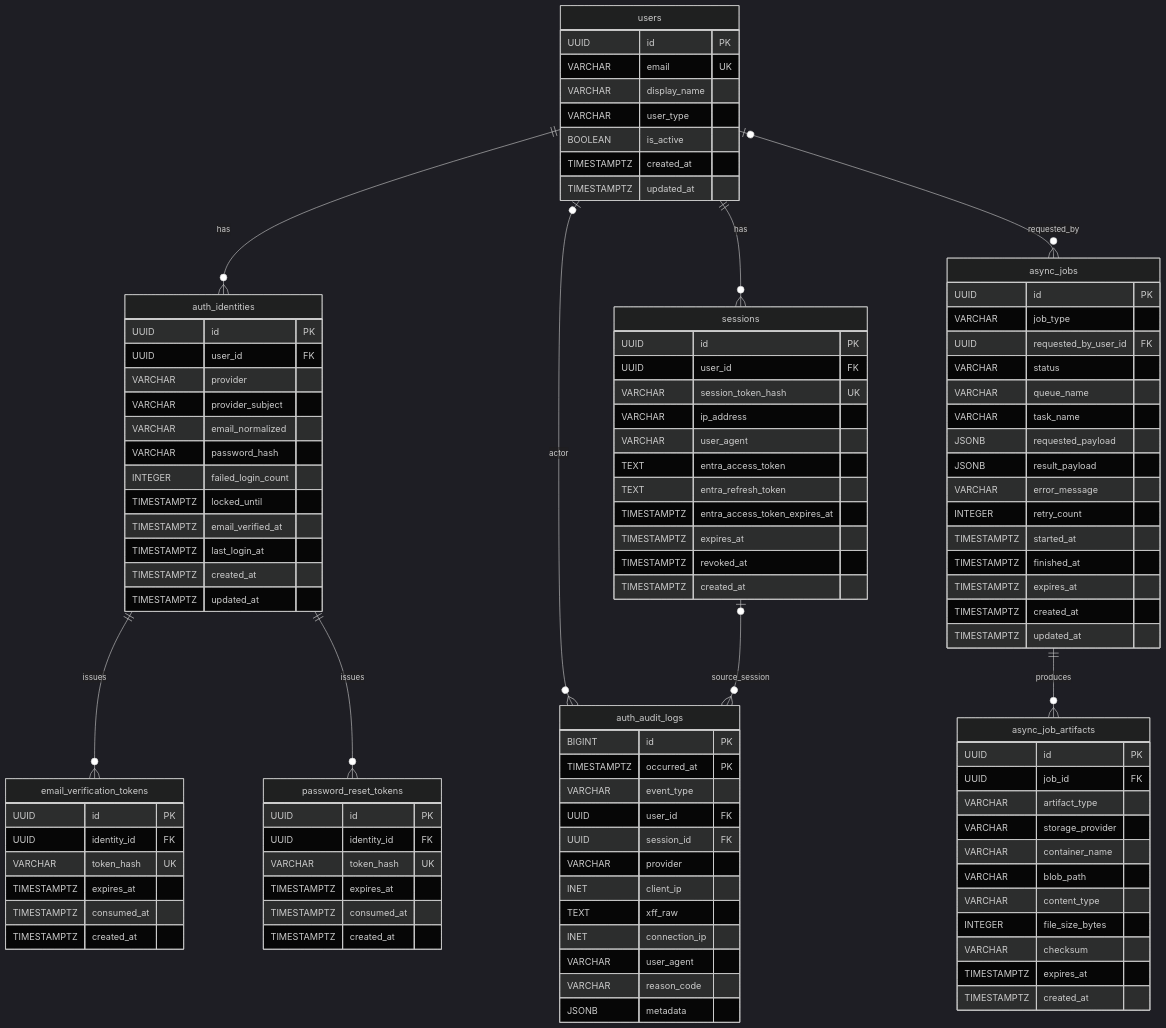
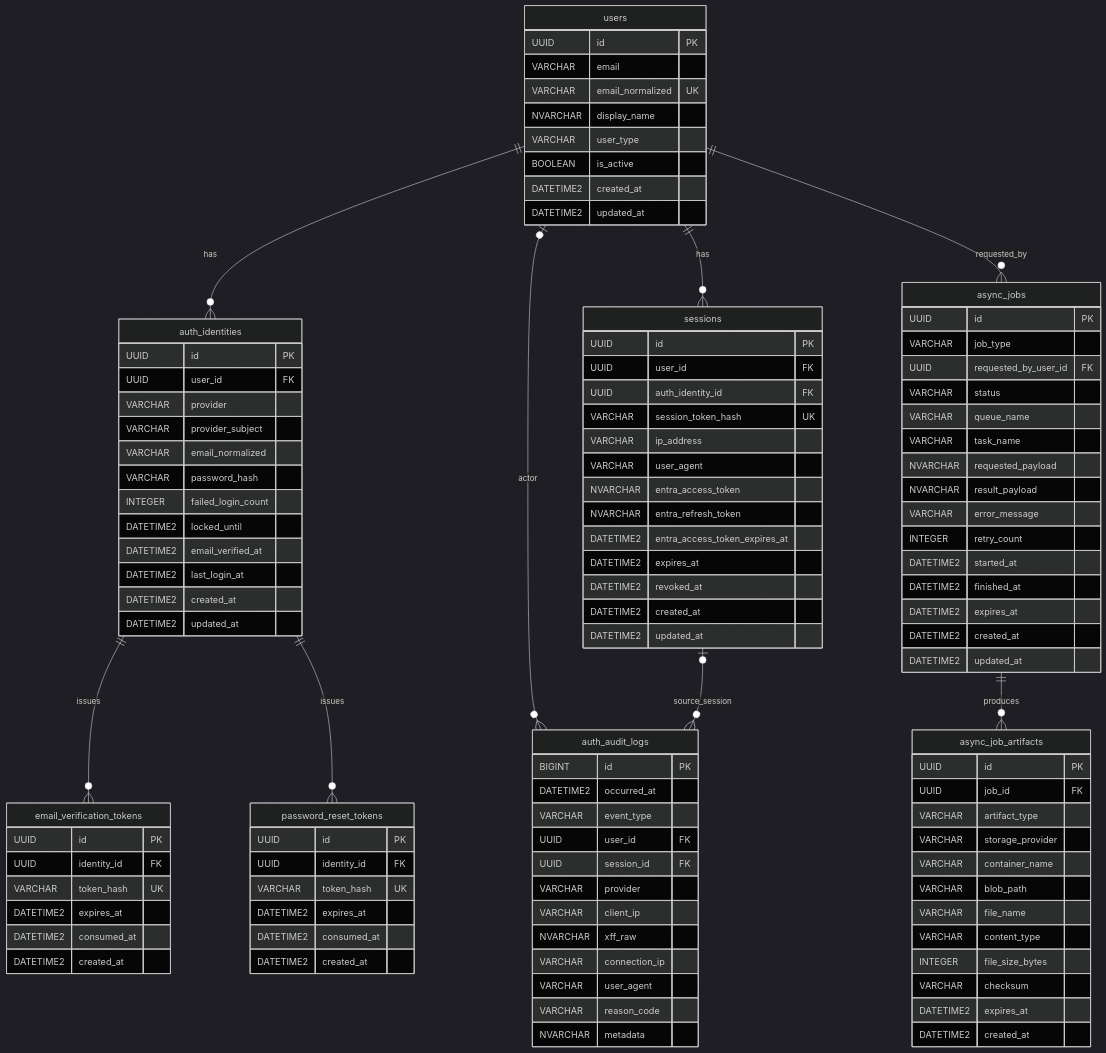
One commit to ioiuea/3pull changed the diagram in apps/backend/README.md. Above: the diagram before and after it, drawn with Mermaid (dark theme). The commit also changed other lines of this file and 88 other files, not shown here.

````diff
--- a/apps/backend/README.md
+++ b/apps/backend/README.md
@@ -173,12 +203,13 @@
 erDiagram
     users {
         UUID id PK
-        VARCHAR email UK
-        VARCHAR display_name
+        VARCHAR email
+        VARCHAR email_normalized UK
+        NVARCHAR display_name
         VARCHAR user_type
         BOOLEAN is_active
-        TIMESTAMPTZ created_at
-        TIMESTAMPTZ updated_at
+        DATETIME2 created_at
+        DATETIME2 updated_at
     }
 
     auth_identities {
@@ -189,58 +220,60 @@
         VARCHAR email_normalized
         VARCHAR password_hash
         INTEGER failed_login_count
-        TIMESTAMPTZ locked_until
-        TIMESTAMPTZ email_verified_at
-        TIMESTAMPTZ last_login_at
-        TIMESTAMPTZ created_at
-        TIMESTAMPTZ updated_at
+        DATETIME2 locked_until
+        DATETIME2 email_verified_at
+        DATETIME2 last_login_at
+        DATETIME2 created_at
+        DATETIME2 updated_at
     }
 
     sessions {
         UUID id PK
         UUID user_id FK
+        UUID auth_identity_id FK
         VARCHAR session_token_hash UK
         VARCHAR ip_address
         VARCHAR user_agent
-        TEXT entra_access_token
-        TEXT entra_refresh_token
-        TIMESTAMPTZ entra_access_token_expires_at
-        TIMESTAMPTZ expires_at
-        TIMESTAMPTZ revoked_at
-        TIMESTAMPTZ created_at
+        NVARCHAR entra_access_token
+        NVARCHAR entra_refresh_token
+        DATETIME2 entra_access_token_expires_at
+        DATETIME2 expires_at
+        DATETIME2 revoked_at
+        DATETIME2 created_at
+        DATETIME2 updated_at
     }
 
     email_verification_tokens {
         UUID id PK
         UUID identity_id FK
         VARCHAR token_hash UK
-        TIMESTAMPTZ expires_at
-        TIMESTAMPTZ consumed_at
-        TIMESTAMPTZ created_at
+        DATETIME2 expires_at
+        DATETIME2 consumed_at
+        DATETIME2 created_at
     }
 
     password_reset_tokens {
         UUID id PK
         UUID identity_id FK
         VARCHAR token_hash UK
-        TIMESTAMPTZ expires_at
-        TIMESTAMPTZ consumed_at
-        TIMESTAMPTZ created_at
+        DATETIME2 expires_at
+        DATETIME2 consumed_at
+        DATETIME2 created_at
     }
 
     auth_audit_logs {
         BIGINT id PK
-        TIMESTAMPTZ occurred_at PK
+        DATETIME2 occurred_at
         VARCHAR event_type
         UUID user_id FK
         UUID session_id FK
         VARCHAR provider
-        INET client_ip
-        TEXT xff_raw
-        INET connection_ip
+        VARCHAR client_ip
+        NVARCHAR xff_raw
+        VARCHAR connection_ip
         VARCHAR user_agent
         VARCHAR reason_code
-        JSONB metadata
+        NVARCHAR metadata
     }
 
     async_jobs {
@@ -250,15 +283,15 @@
         VARCHAR status
         VARCHAR queue_name
         VARCHAR task_name
-        JSONB requested_payload
-        JSONB result_payload
+        NVARCHAR requested_payload
+        NVARCHAR result_payload
         VARCHAR error_message
         INTEGER retry_count
-        TIMESTAMPTZ started_at
-        TIMESTAMPTZ finished_at
-        TIMESTAMPTZ expires_at
-        TIMESTAMPTZ created_at
-        TIMESTAMPTZ updated_at
+        DATETIME2 started_at
+        DATETIME2 finished_at
+        DATETIME2 expires_at
+        DATETIME2 created_at
+        DATETIME2 updated_at
     }
 
     async_job_artifacts {
@@ -268,11 +301,12 @@
         VARCHAR storage_provider
         VARCHAR container_name
         VARCHAR blob_path
+        VARCHAR file_name
         VARCHAR content_type
         INTEGER file_size_bytes
         VARCHAR checksum
-        TIMESTAMPTZ expires_at
-        TIMESTAMPTZ created_at
+        DATETIME2 expires_at
+        DATETIME2 created_at
     }
 
     users ||--o{ auth_identities : has
@@ -281,6 +315,6 @@
     auth_identities ||--o{ password_reset_tokens : issues
     users o|--o{ auth_audit_logs : actor
     sessions o|--o{ auth_audit_logs : source_session
-    users o|--o{ async_jobs : requested_by
+    users ||--o{ async_jobs : requested_by
     async_jobs ||--o{ async_job_artifacts : produces
 ```
````
